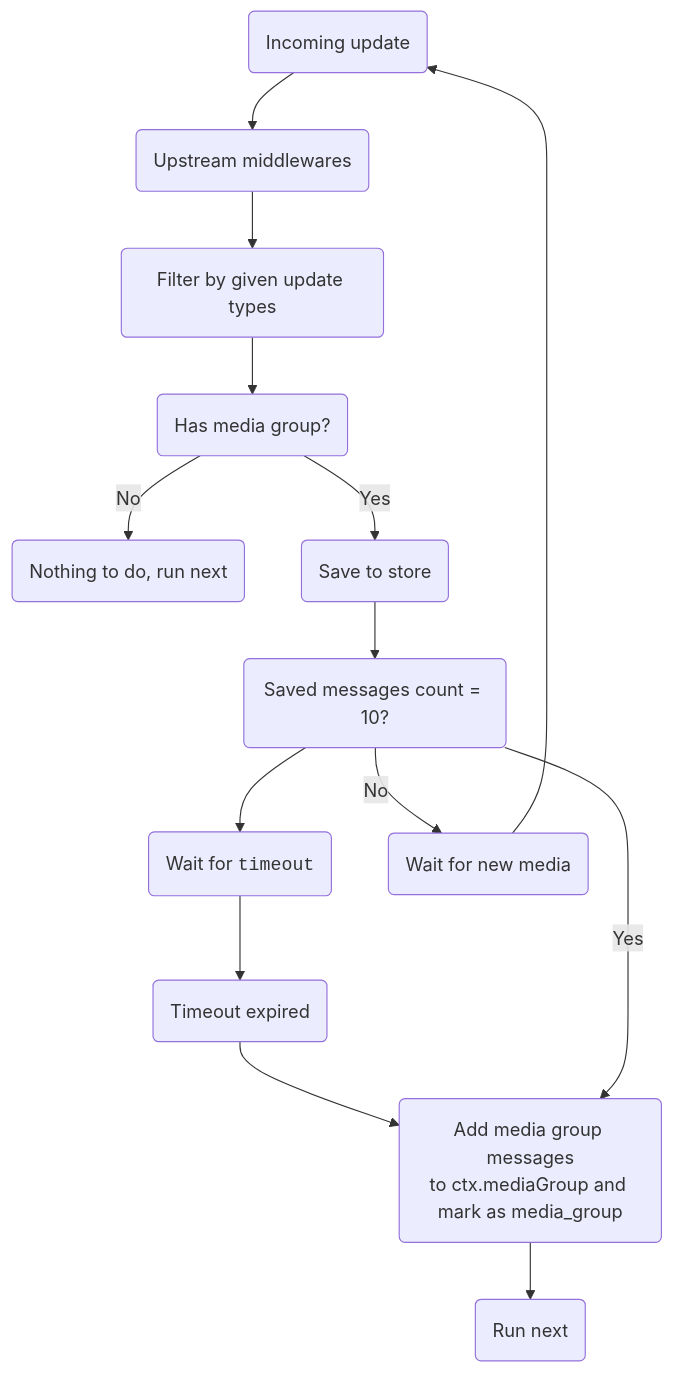
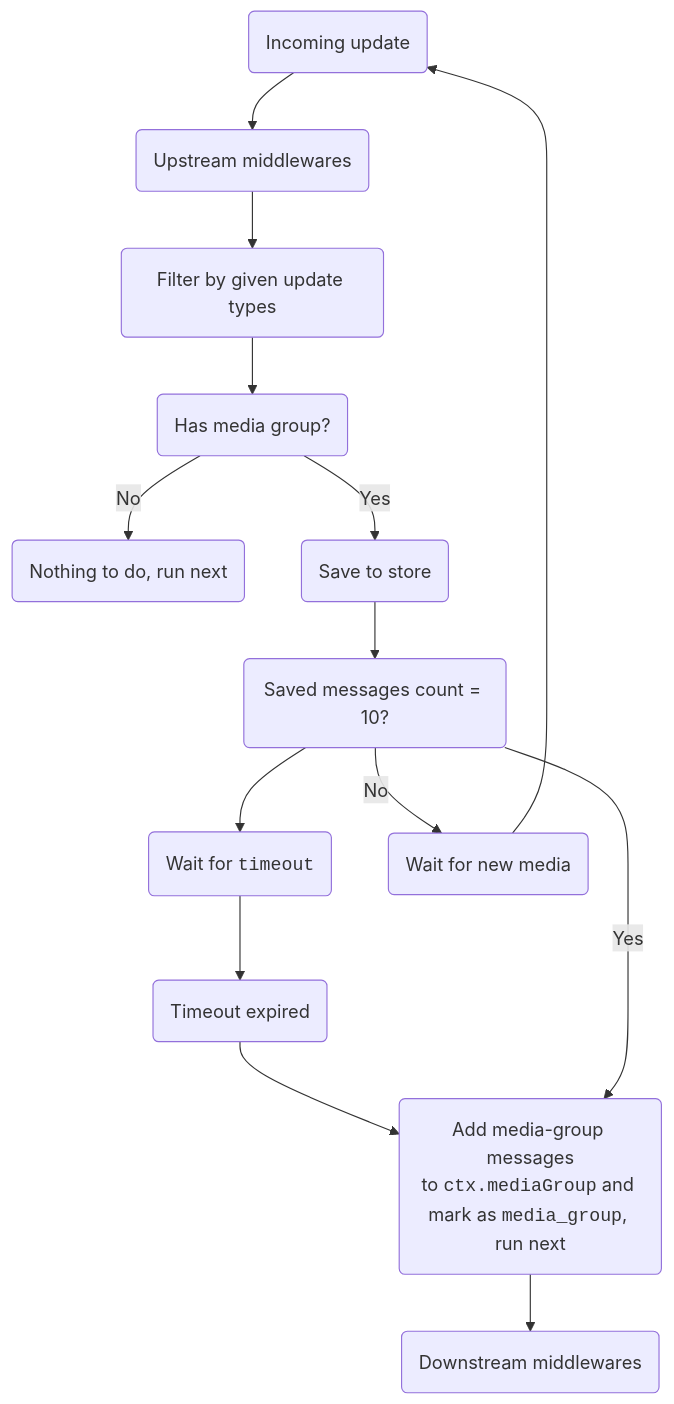
Before and after one commit to OpengramJS/media-group: the diagram in README.md, drawn with Mermaid.

Commit message:
chore(README): update flowchart

````diff
--- a/README.md
+++ b/README.md
@@ -63,20 +63,20 @@
 ```mermaid
 flowchart TB
   U("Incoming update") --> M("Upstream middlewares")
   M --> F("Filter by given update types")
   F --> E("Has media group?")
   E -- No --> N("Nothing to do, run next")
   E -- Yes --> STSAV
   MGLEN --> TO("Wait for <code>timeout</code>")
   TO --> TOE("Timeout expired") --> ACTX
   HV --> U
 
-  ACTX("Add media group messages\nto ctx.mediaGroup and mark as media_group") --> NEX("Run next")
+  ACTX("Add media-group messages\nto <code>ctx.mediaGroup</code> and mark as <code>media_group</code>, run next") --> DM("Downstream middlewares")
 
   HV("Wait for new media")
 
   STSAV("Save to store") --> MGLEN("Saved messages count = 10?")
 
   MGLEN -- No --> HV
   MGLEN -- Yes --> ACTX
 ```
````
